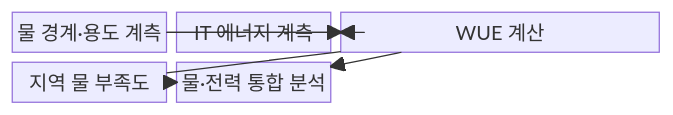
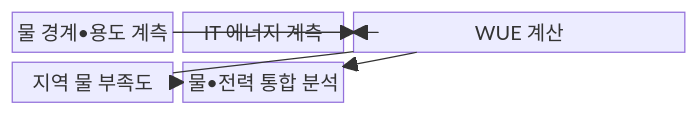
The first of 2 diagrams in src/content/docs/notes/06-evaluation/040_wue_water_usage_effectiveness.md (agnusdei1207/knowledge-base), drawn with Mermaid before and after one commit. The commit also changed other lines of this file and 953 other files, not shown here.

````diff
--- a/src/content/docs/notes/06-evaluation/040_wue_water_usage_effectiveness.md
+++ b/src/content/docs/notes/06-evaluation/040_wue_water_usage_effectiveness.md
@@ -69,13 +69,13 @@
 ```mermaid
 block-beta
     columns 3
-    W["물 경계·용도 계측"] I["IT 에너지 계측"]
+    W["물 경계•용도 계측"] I["IT 에너지 계측"]
     C["WUE 계산"]:2
-    S["지역 물 부족도"] A["물·전력 통합 분석"]
+    S["지역 물 부족도"] A["물•전력 통합 분석"]
     W --> C
     I --> C
     C --> A
     S --> A
   W --- C
   C --- S
 ```
````
